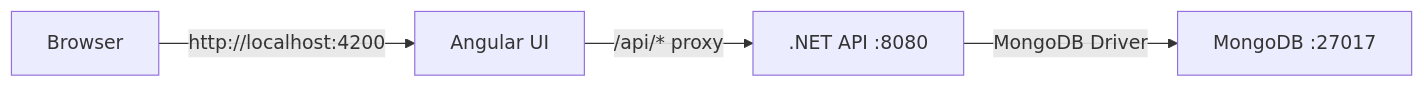
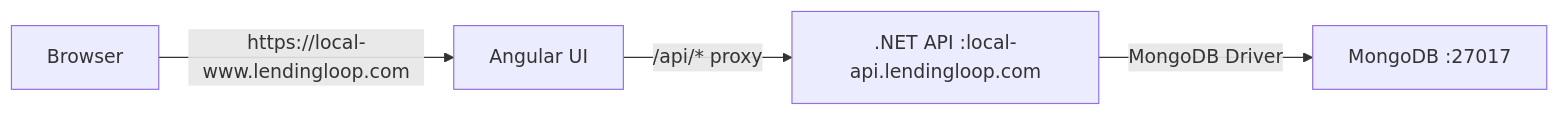
Before and after one commit to paladinu/lendingloop: the diagram in .kiro/specs/angular-dotnet-mongodb-monorepo/design.md, drawn with Mermaid. The commit also changed other lines of this file and 33 other files, not shown here.

````diff
--- a/.kiro/specs/angular-dotnet-mongodb-monorepo/design.md
+++ b/.kiro/specs/angular-dotnet-mongodb-monorepo/design.md
@@ -13,6 +13,6 @@
 ```mermaid
 graph LR
-    A[Browser] -->|http://localhost:4200| B[Angular UI]
-    B -->|/api/* proxy| C[.NET API :8080]
+    A[Browser] -->|https://local-www.lendingloop.com| B[Angular UI]
+    B -->|/api/* proxy| C[.NET API :local-api.lendingloop.com]
     C -->|MongoDB Driver| D[MongoDB :27017]
 ```
````
